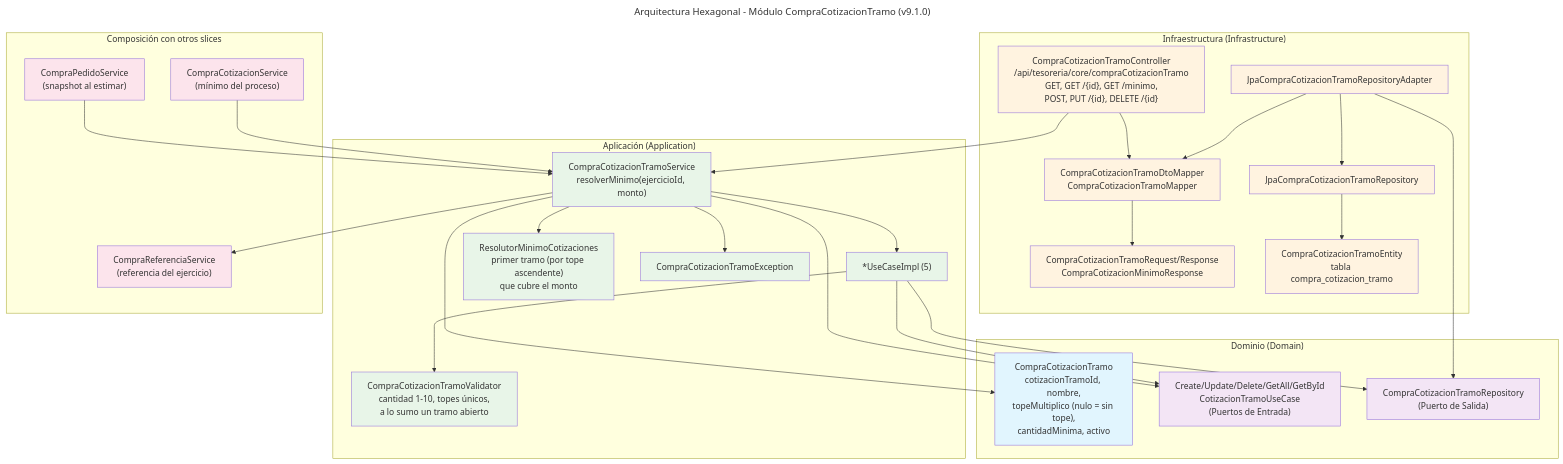
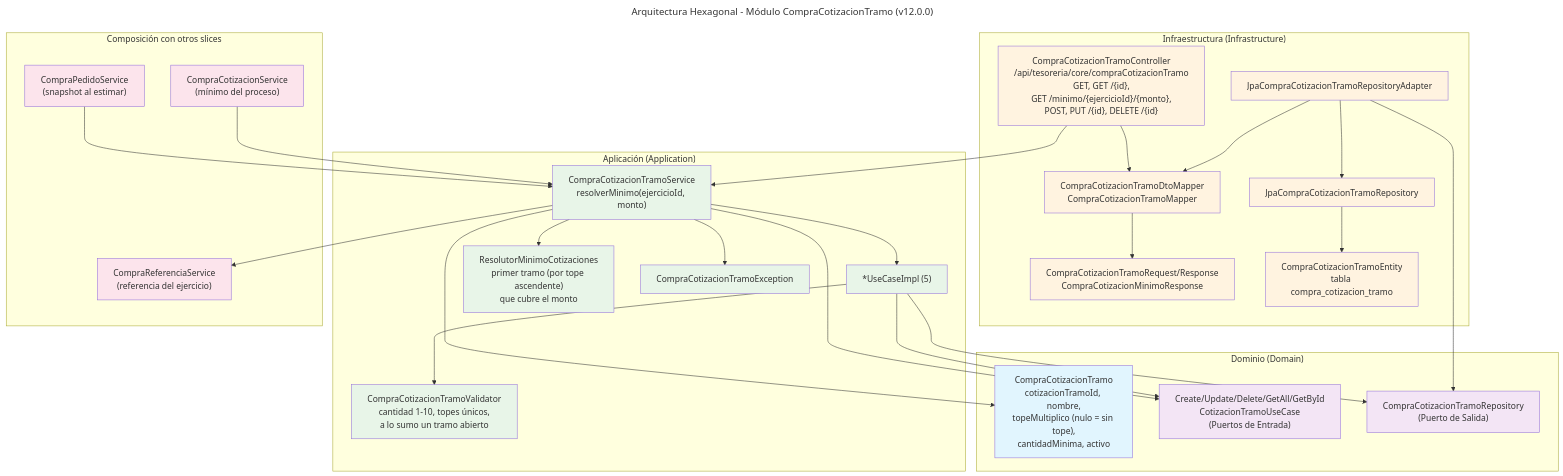
One commit to UM-services/UM.tesoreria.core-service changed the diagram in docs/hexagonal-compraCotizacionTramo.mmd. Above: the diagram before and after it, drawn with Mermaid. The commit also changed 11 other files, not shown here.

```diff
--- a/docs/hexagonal-compraCotizacionTramo.mmd
+++ b/docs/hexagonal-compraCotizacionTramo.mmd
@@ -1,69 +1,69 @@
 ---
-title: Arquitectura Hexagonal - Módulo CompraCotizacionTramo (v9.1.0)
+title: Arquitectura Hexagonal - Módulo CompraCotizacionTramo (v12.0.0)
 ---
 flowchart TD
     subgraph Dominio ["Dominio (Domain)"]
         M["CompraCotizacionTramo<br/>cotizacionTramoId, nombre,<br/>topeMultiplico (nulo = sin tope),<br/>cantidadMinima, activo"]
         IN["Create/Update/Delete/GetAll/GetById<br/>CotizacionTramoUseCase<br/>(Puertos de Entrada)"]
         OUT["CompraCotizacionTramoRepository<br/>(Puerto de Salida)"]
     end
 
     subgraph Aplicacion ["Aplicación (Application)"]
         Svc["CompraCotizacionTramoService<br/>resolverMinimo(ejercicioId, monto)"]
         UCs["*UseCaseImpl (5)"]
         Val["CompraCotizacionTramoValidator<br/>cantidad 1-10, topes únicos,<br/>a lo sumo un tramo abierto"]
         Res["ResolutorMinimoCotizaciones<br/>primer tramo (por tope ascendente)<br/>que cubre el monto"]
         Exc["CompraCotizacionTramoException"]
     end
 
     subgraph Infraestructura ["Infraestructura (Infrastructure)"]
-        Ctrl["CompraCotizacionTramoController<br/>/api/tesoreria/core/compraCotizacionTramo<br/>GET, GET /{id}, GET /minimo,<br/>POST, PUT /{id}, DELETE /{id}"]
+        Ctrl["CompraCotizacionTramoController<br/>/api/tesoreria/core/compraCotizacionTramo<br/>GET, GET /{id},<br/>GET /minimo/{ejercicioId}/{monto},<br/>POST, PUT /{id}, DELETE /{id}"]
         DTO["CompraCotizacionTramoRequest/Response<br/>CompraCotizacionMinimoResponse"]
         Map["CompraCotizacionTramoDtoMapper<br/>CompraCotizacionTramoMapper"]
         Adp["JpaCompraCotizacionTramoRepositoryAdapter"]
         Ent["CompraCotizacionTramoEntity<br/>tabla compra_cotizacion_tramo"]
         Jpa["JpaCompraCotizacionTramoRepository"]
     end
 
     subgraph CrossSlice ["Composición con otros slices"]
         Ref["CompraReferenciaService<br/>(referencia del ejercicio)"]
         Ped["CompraPedidoService<br/>(snapshot al estimar)"]
         Cot["CompraCotizacionService<br/>(mínimo del proceso)"]
     end
 
     Ctrl --> Svc
     Ctrl --> Map
     Map --> DTO
     Svc --> IN
     Svc --> UCs
     Svc --> Res
     Svc --> Exc
     Svc --> Ref
     UCs --> IN
     UCs --> Val
     UCs --> OUT
     Adp --> OUT
     Adp --> Map
     Adp --> Jpa
     Jpa --> Ent
     Svc --> M
     Ped --> Svc
     Cot --> Svc
 
     style M fill:#e1f5fe
     style IN fill:#f3e5f5
     style OUT fill:#f3e5f5
     style Svc fill:#e8f5e8
     style UCs fill:#e8f5e8
     style Val fill:#e8f5e8
     style Res fill:#e8f5e8
     style Exc fill:#e8f5e8
     style Ctrl fill:#fff3e0
     style DTO fill:#fff3e0
     style Map fill:#fff3e0
     style Adp fill:#fff3e0
     style Ent fill:#fff3e0
     style Jpa fill:#fff3e0
     style Ref fill:#fce4ec
     style Ped fill:#fce4ec
     style Cot fill:#fce4ec
```
